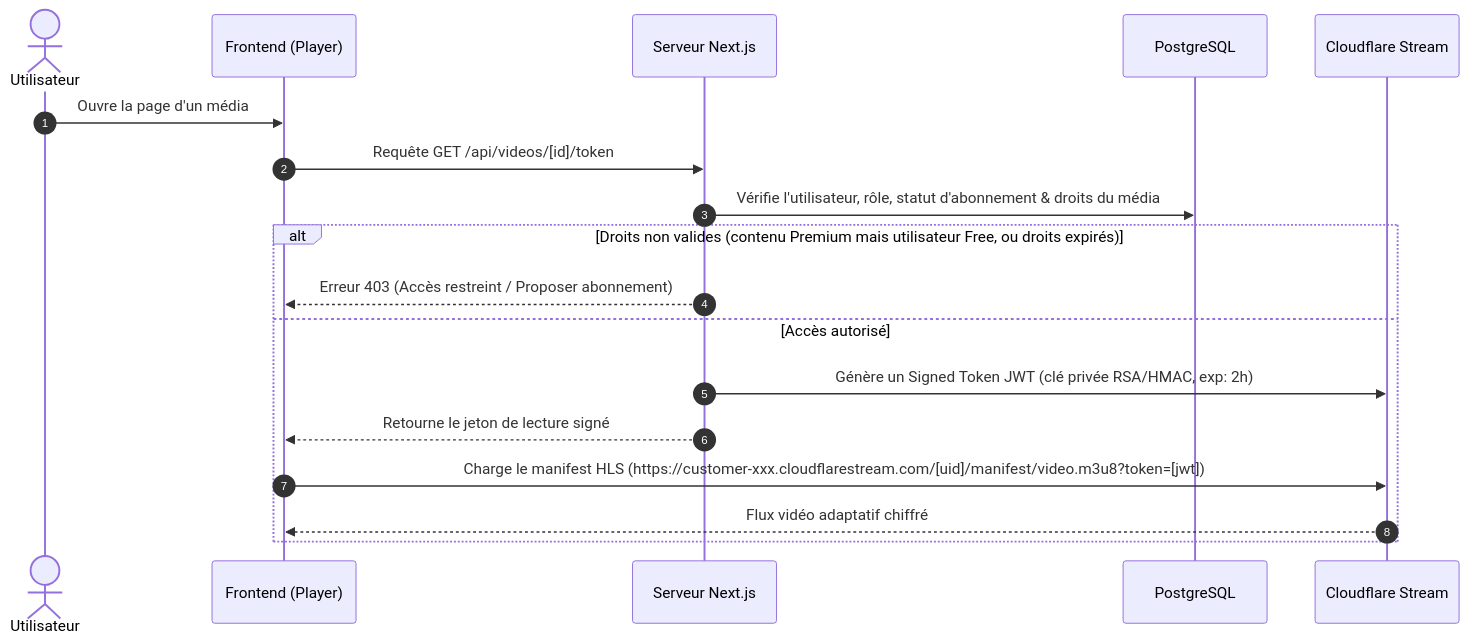
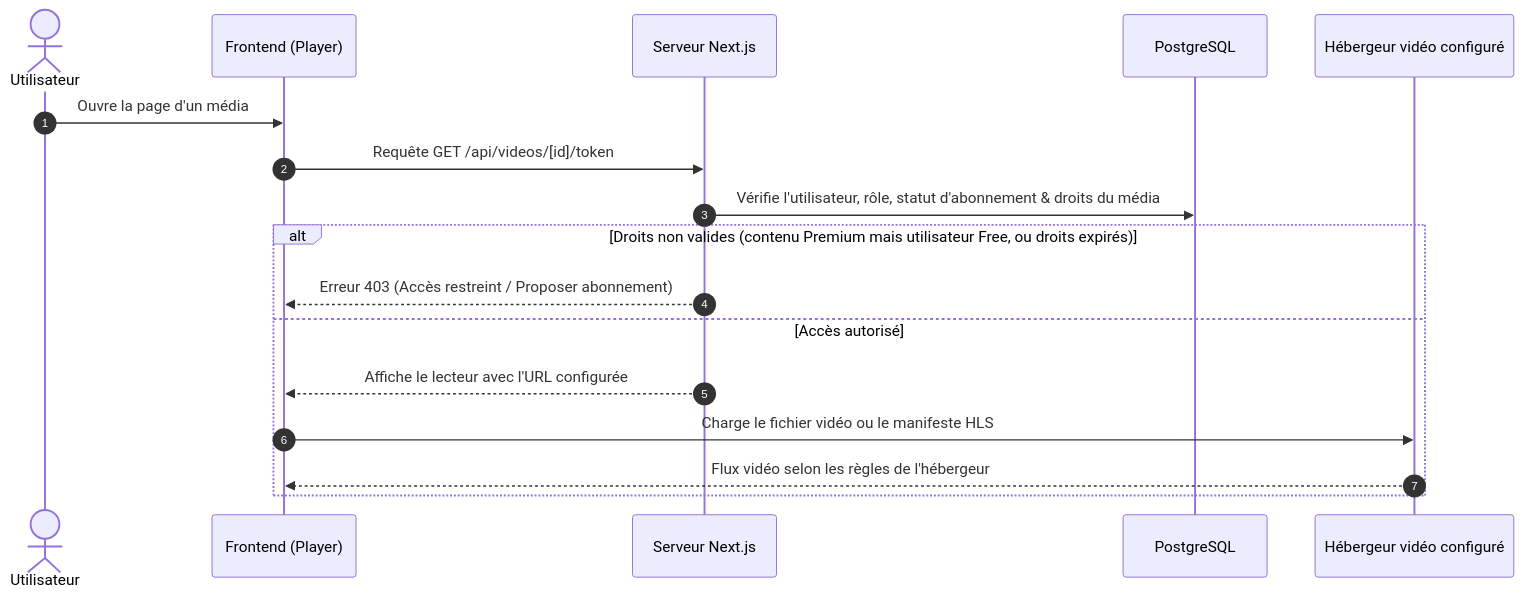
The third of 4 diagrams in SPECIFICATION_TECHNIQUE.md (tassiroukondjira0/Web_Stream), drawn with Mermaid before and after one commit. The commit also changed other lines of this file and 20 other files, not shown here.

````diff
--- a/SPECIFICATION_TECHNIQUE.md
+++ b/SPECIFICATION_TECHNIQUE.md
@@ -173,21 +172,20 @@
 ```mermaid
 sequenceDiagram
     autonumber
     actor User as Utilisateur
     participant Front as Frontend (Player)
     participant Server as Serveur Next.js
     participant DB as PostgreSQL
-    participant CF as Cloudflare Stream
+    participant Host as Hébergeur vidéo configuré
 
     User->>Front: Ouvre la page d'un média
     Front->>Server: Requête GET /api/videos/[id]/token
     Server->>DB: Vérifie l'utilisateur, rôle, statut d'abonnement & droits du média
     alt Droits non valides (contenu Premium mais utilisateur Free, ou droits expirés)
         Server-->>Front: Erreur 403 (Accès restreint / Proposer abonnement)
     else Accès autorisé
-        Server->>CF: Génère un Signed Token JWT (clé privée RSA/HMAC, exp: 2h)
-        Server-->>Front: Retourne le jeton de lecture signé
-        Front->>CF: Charge le manifest HLS (https://customer-xxx.cloudflarestream.com/[uid]/manifest/video.m3u8?token=[jwt])
-        CF-->>Front: Flux vidéo adaptatif chiffré
+        Server-->>Front: Affiche le lecteur avec l'URL configurée
+        Front->>Host: Charge le fichier vidéo ou le manifeste HLS
+        Host-->>Front: Flux vidéo selon les règles de l'hébergeur
     end
 ```
````
